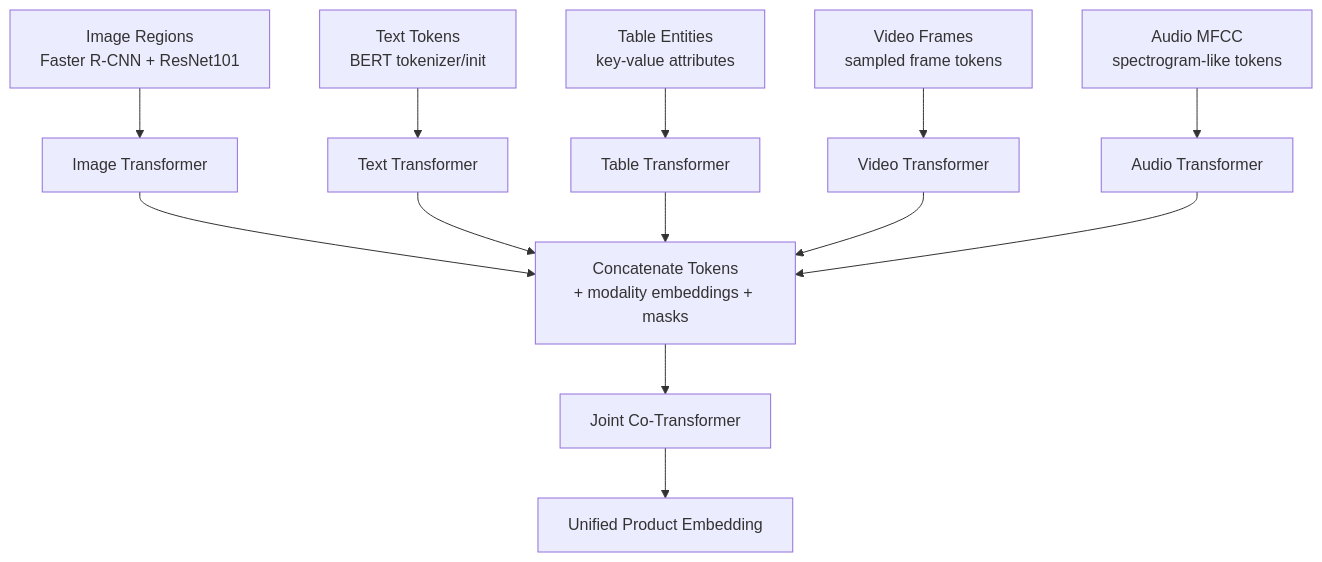
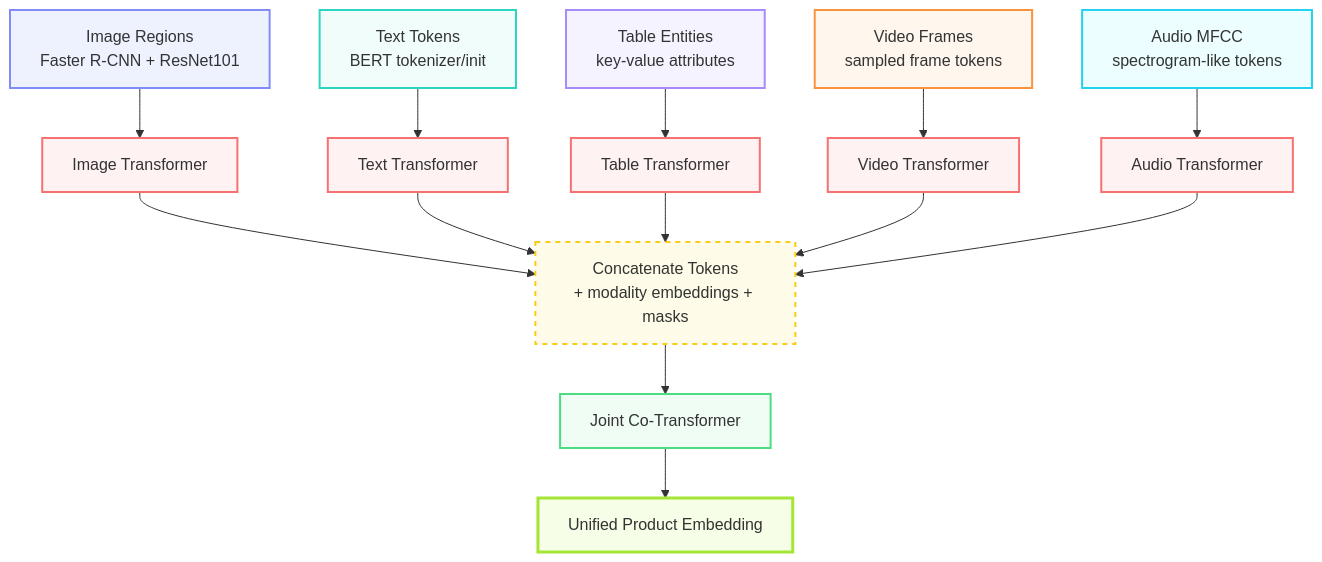
Before and after one commit to Computer-Vision-HCMUS/Product-Ecommerce-Image-Retrieval: the fifth of 11 diagrams in docs/proposal/proposal.md, drawn with Mermaid. The commit also changed other lines of this file and 14 other files, not shown here.

Commit message:
Enhance proposal documentation for Visual Product Image Search by adding detailed diagrams and visual aids, including flowcharts and images for various components of the SCALE architecture. Introduce new PDF and LaTeX files for comprehensive presentation of the proposal.

````diff
--- a/docs/proposal/proposal.md
+++ b/docs/proposal/proposal.md
@@ -405,15 +405,25 @@
 ```mermaid
 flowchart TD
-    I["Image Regions<br/>Faster R-CNN + ResNet101"] --> IE["Image Transformer"]
-    T["Text Tokens<br/>BERT tokenizer/init"] --> TE["Text Transformer"]
-    TB["Table Entities<br/>key-value attributes"] --> TBE["Table Transformer"]
-    V["Video Frames<br/>sampled frame tokens"] --> VE["Video Transformer"]
-    A["Audio MFCC<br/>spectrogram-like tokens"] --> AE["Audio Transformer"]
-    IE --> CAT["Concatenate Tokens<br/>+ modality embeddings + masks"]
+    I["Image Regions<br/>Faster R-CNN + ResNet101"]:::imageStyle --> IE["Image Transformer"]:::transformerStyle
+    T["Text Tokens<br/>BERT tokenizer/init"]:::textStyle --> TE["Text Transformer"]:::transformerStyle
+    TB["Table Entities<br/>key-value attributes"]:::tableStyle --> TBE["Table Transformer"]:::transformerStyle
+    V["Video Frames<br/>sampled frame tokens"]:::videoStyle --> VE["Video Transformer"]:::transformerStyle
+    A["Audio MFCC<br/>spectrogram-like tokens"]:::audioStyle --> AE["Audio Transformer"]:::transformerStyle
+    IE --> CAT["Concatenate Tokens<br/>+ modality embeddings + masks"]:::concatStyle
     TE --> CAT
     TBE --> CAT
     VE --> CAT
     AE --> CAT
-    CAT --> JCT["Joint Co-Transformer"]
-    JCT --> Z["Unified Product Embedding"]
+    CAT --> JCT["Joint Co-Transformer"]:::jointStyle
+    JCT --> Z["Unified Product Embedding"]:::outputStyle
+    
+    classDef imageStyle stroke:#818cf8,fill:#eef2ff,stroke-width:2px
+    classDef textStyle stroke:#2dd4bf,fill:#f0fdfa,stroke-width:2px
+    classDef tableStyle stroke:#a78bfa,fill:#f5f3ff,stroke-width:2px
+    classDef videoStyle stroke:#fb923c,fill:#fff7ed,stroke-width:2px
+    classDef audioStyle stroke:#22d3ee,fill:#ecfeff,stroke-width:2px
+    classDef transformerStyle stroke:#f87171,fill:#fef2f2,stroke-width:2px
+    classDef concatStyle stroke:#facc15,fill:#fefce8,stroke-width:2px,stroke-dasharray:5
+    classDef jointStyle stroke:#4ade80,fill:#f0fdf4,stroke-width:2px
+    classDef outputStyle stroke:#a3e635,fill:#f7fee7,stroke-width:3px
 ```
````
